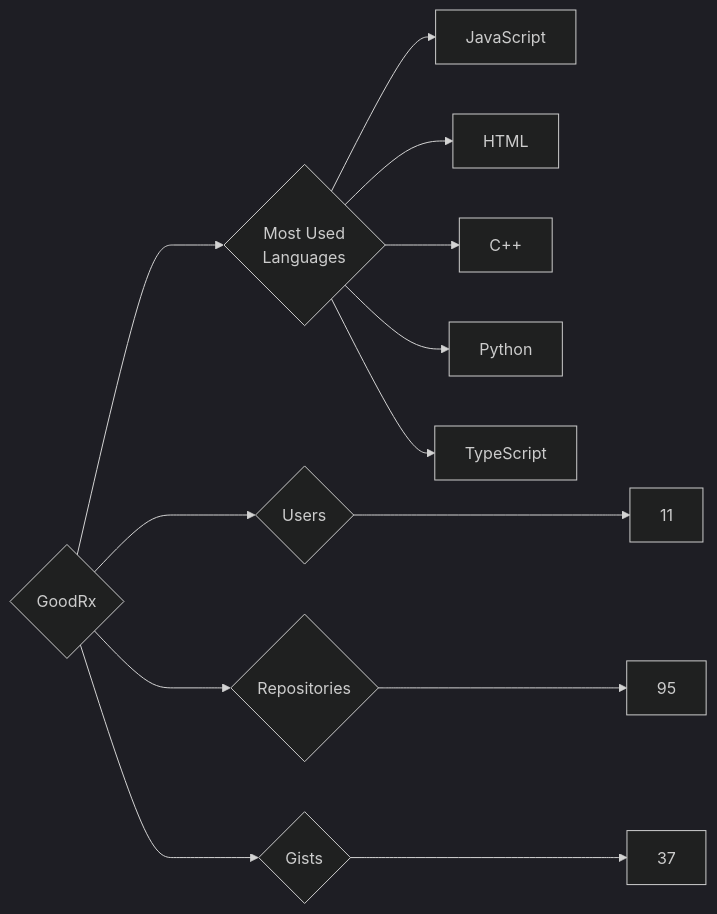
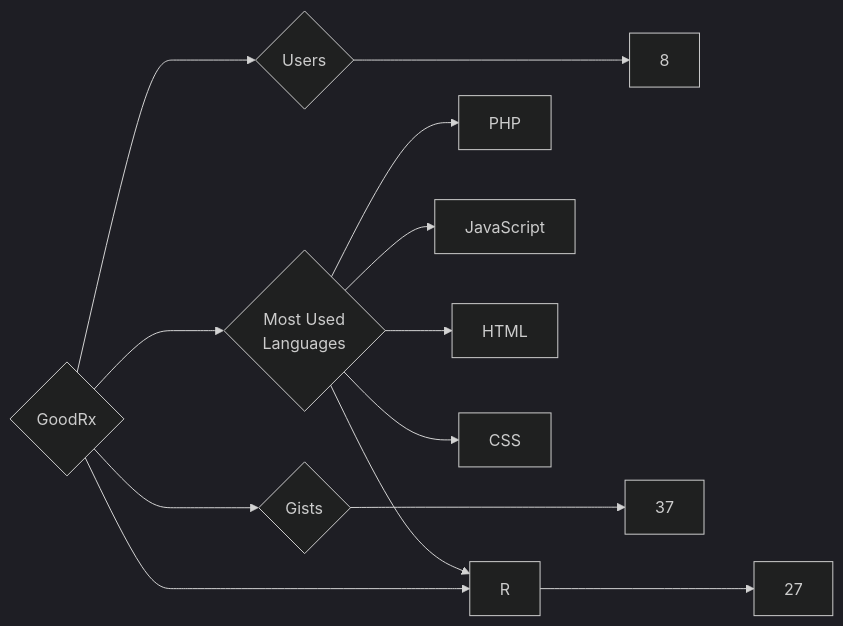
Before and after one commit to trickest/insiders: the diagram in targets/GoodRx/README.md, drawn with Mermaid (dark theme). The commit also changed 1141 other files, not shown here.

````diff
--- a/targets/GoodRx/README.md
+++ b/targets/GoodRx/README.md
@@ -3,13 +3,13 @@
 ```mermaid
 graph LR
 COMPANY_NAME{GoodRx}
-COMPANY_NAME ---> U{Users} ---> UN[11]
-COMPANY_NAME ---> R{Repositories} ---> RN[95]
+COMPANY_NAME ---> U{Users} ---> UN[8]
+COMPANY_NAME ---> R{Repositories} ---> RN[27]
 COMPANY_NAME ---> G{Gists} ---> GN[37]
 COMPANY_NAME ---> ML{Most Used<br>Languages}
+ML --> PHP[PHP]
 ML --> JavaScript[JavaScript]
 ML --> HTML[HTML]
-ML --> C++[C++]
-ML --> Python[Python]
-ML --> TypeScript[TypeScript]
+ML --> CSS[CSS]
+ML --> R[R]
 ```
````
